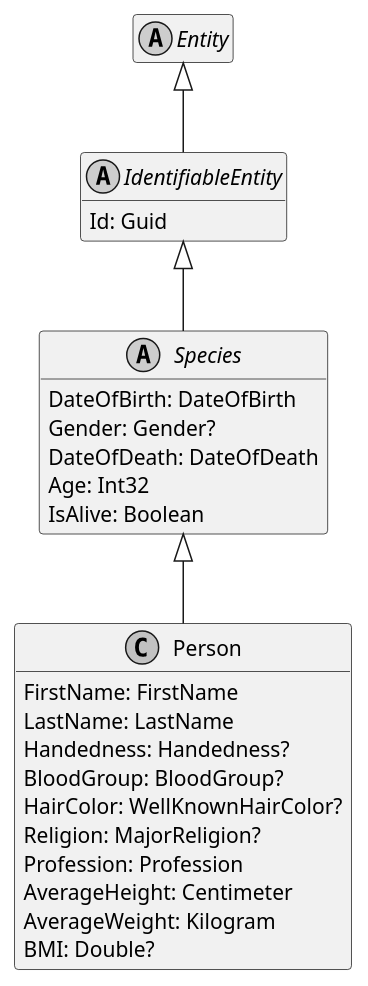
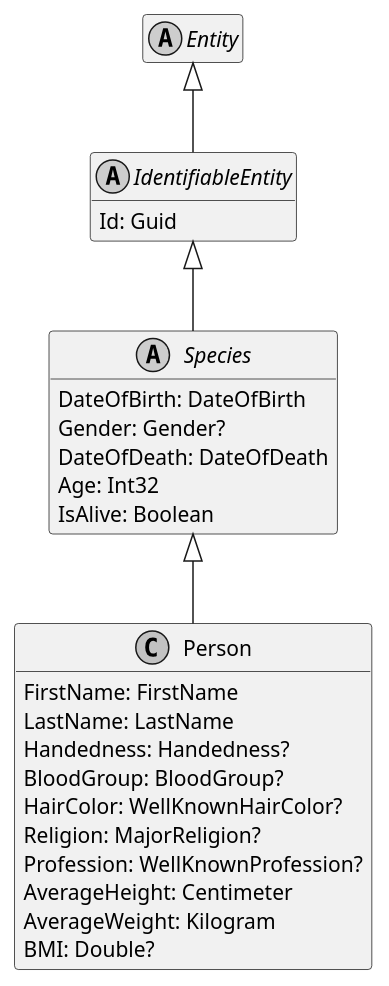
Before and after one commit to ObiWanLansi/DoofesZeug: the diagram in Documentation/Generated/Entities/DoofesZeug.Entities.Specieses.Human/Person.puml, drawn with PlantUML. The commit also changed 111 other files, not shown here.

```diff
--- a/Documentation/Generated/Entities/DoofesZeug.Entities.Specieses.Human/Person.puml
+++ b/Documentation/Generated/Entities/DoofesZeug.Entities.Specieses.Human/Person.puml
@@ -1,39 +1,39 @@
 @startuml
 skinparam monochrome true
 hide empty members
 
 abstract class Entity {
 }
 
 Entity <|-- IdentifiableEntity
 
 abstract class IdentifiableEntity {
     Id: Guid
 }
 
 IdentifiableEntity <|-- Species
 
 abstract class Species {
     DateOfBirth: DateOfBirth
     Gender: Gender?
     DateOfDeath: DateOfDeath
     Age: Int32
     IsAlive: Boolean
 }
 
 Species <|-- Person
 
 class Person {
     FirstName: FirstName
     LastName: LastName
     Handedness: Handedness?
     BloodGroup: BloodGroup?
     HairColor: WellKnownHairColor?
     Religion: MajorReligion?
-    Profession: Profession
+    Profession: WellKnownProfession?
     AverageHeight: Centimeter
     AverageWeight: Kilogram
     BMI: Double?
 }
 
 @enduml
```
